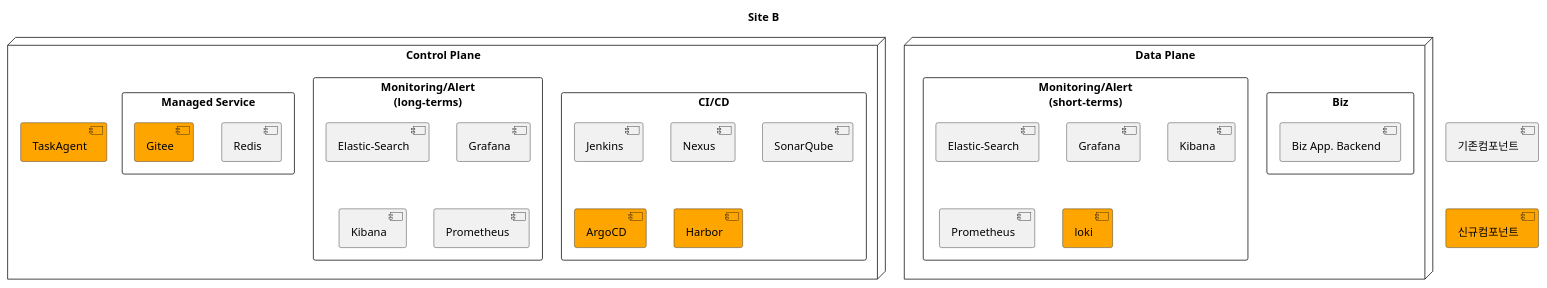
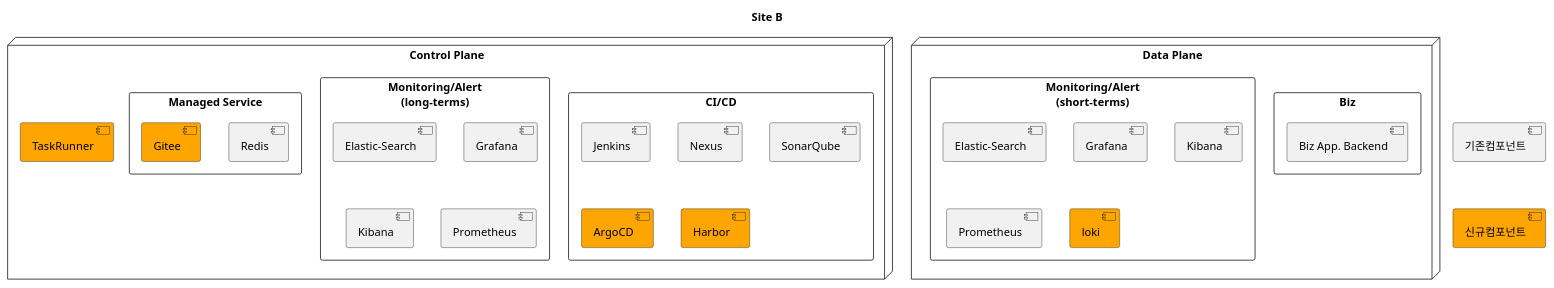
The second of 6 diagrams in docs/src/multi-cloud/diagram.md (kloudbank/htdp1.github.io), drawn with PlantUML before and after one commit. The commit also changed other lines of this file, not shown here.

```diff
--- a/docs/src/multi-cloud/diagram.md
+++ b/docs/src/multi-cloud/diagram.md
@@ -26,43 +31,43 @@
 @startuml
 
 scale 1
 title "Site B"
 
 [기존컴포넌트] as old
 [신규컴포넌트] as new #orange
 old -[hidden]d-> new
 
 node "Control Plane" as bcp {
     rectangle "CI/CD" as bcp_cicd {
         [Jenkins] as bcp_cicd_jenkins
         [Nexus] as bcp_cicd_nexus
         [SonarQube] as bcp_cicd_sonarqube
         [ArgoCD] as bcp_cicd_argocd #orange
         [Harbor] as bcp_cicd_harbor #orange
     }
     rectangle "Monitoring/Alert\n(long-terms)" as bcp_mon {
         [Elastic-Search] as bcp_mon_elk
         [Grafana] as bcp_mon_grafana
         [Kibana] as bcp_mon_kibana
         [Prometheus] as bcp_mon_prometheus
     }
     rectangle "Managed Service" as bcp_mananged {
         [Redis] as bcp_mananged_redis
         [Gitee] as bcp_mananged_gitee #orange
     }
-    [TaskAgent] as bcp_cicd_taskagent #orange
+    [TaskRunner] as bcp_cicd_taskruuner #orange
 }
 
 node "Data Plane" as dcp {
     rectangle "Biz" as bdp_bz {
         [Biz App. Backend] as bdp_bz_app
     }
     rectangle "Monitoring/Alert\n(short-terms)" as bdp_mon {
         [Elastic-Search] as bdp_mon_elk
         [Grafana] as bdp_mon_grafana
         [Kibana] as bdp_mon_kibana
         [Prometheus] as bdp_mon_prometheus
         [loki] as dbp_mon_loki #orange
     }
 }
 @enduml
```
